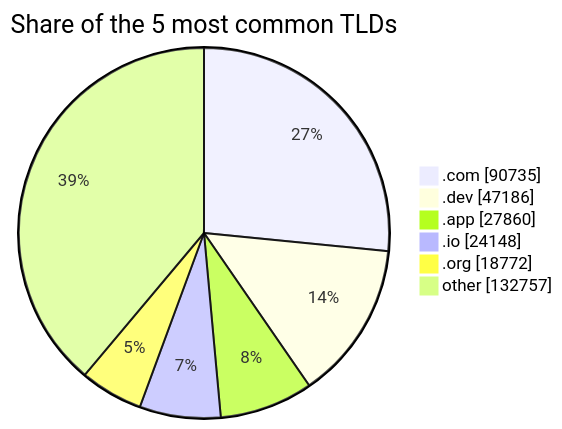
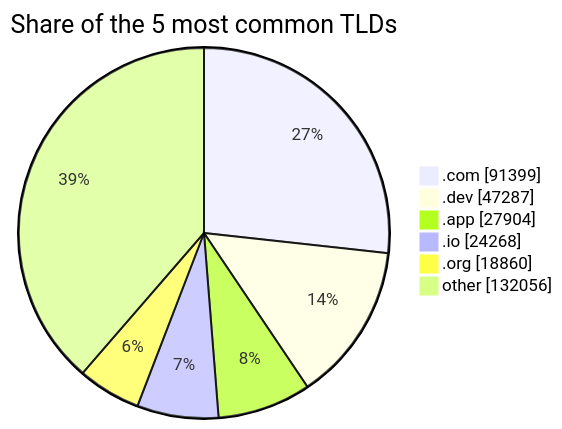
Before and after one commit to DNSBunker/CTI: the third of 3 diagrams in README.md, drawn with Mermaid. The commit also changed other lines of this file and 3 other files, not shown here.

````diff
--- a/README.md
+++ b/README.md
@@ -81,9 +81,9 @@
 ```mermaid
 pie showData title Share of the 5 most common TLDs
-    ".com" : 90735
-    ".dev" : 47186
-    ".app" : 27860
-    ".io" : 24148
-    ".org" : 18772
-    "other" : 132757
+    ".com" : 91399
+    ".dev" : 47287
+    ".app" : 27904
+    ".io" : 24268
+    ".org" : 18860
+    "other" : 132056
 ```
````
